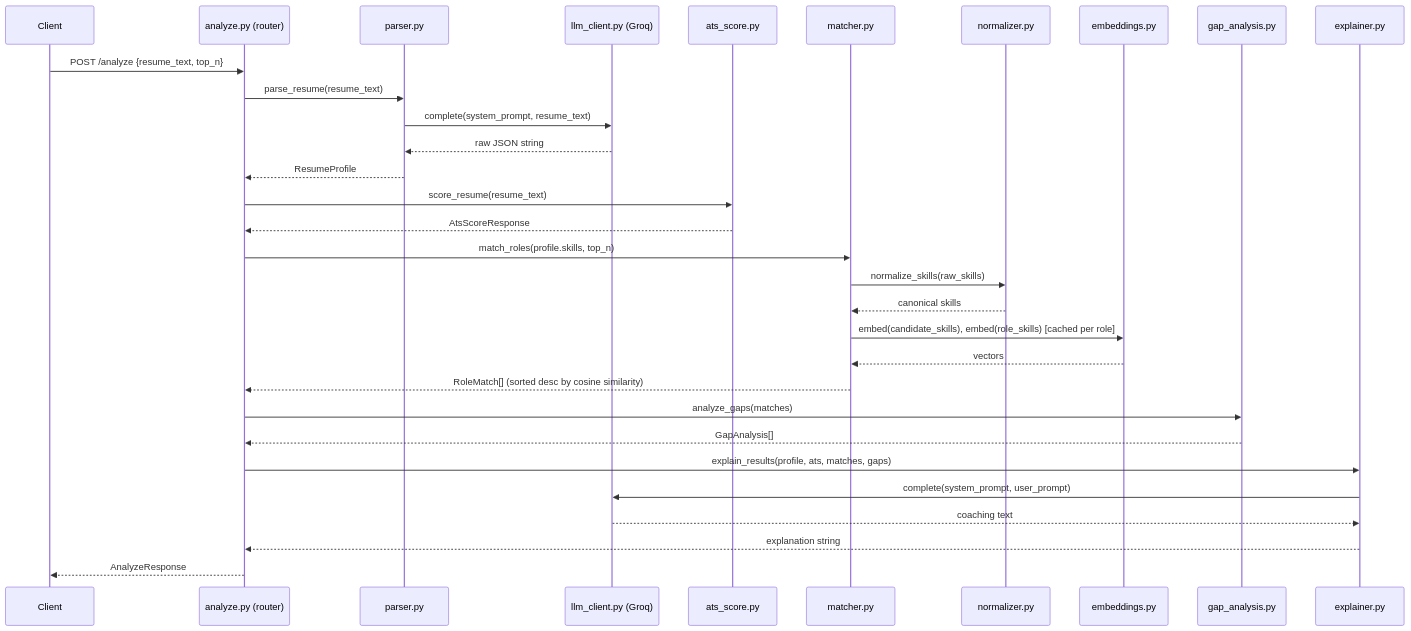
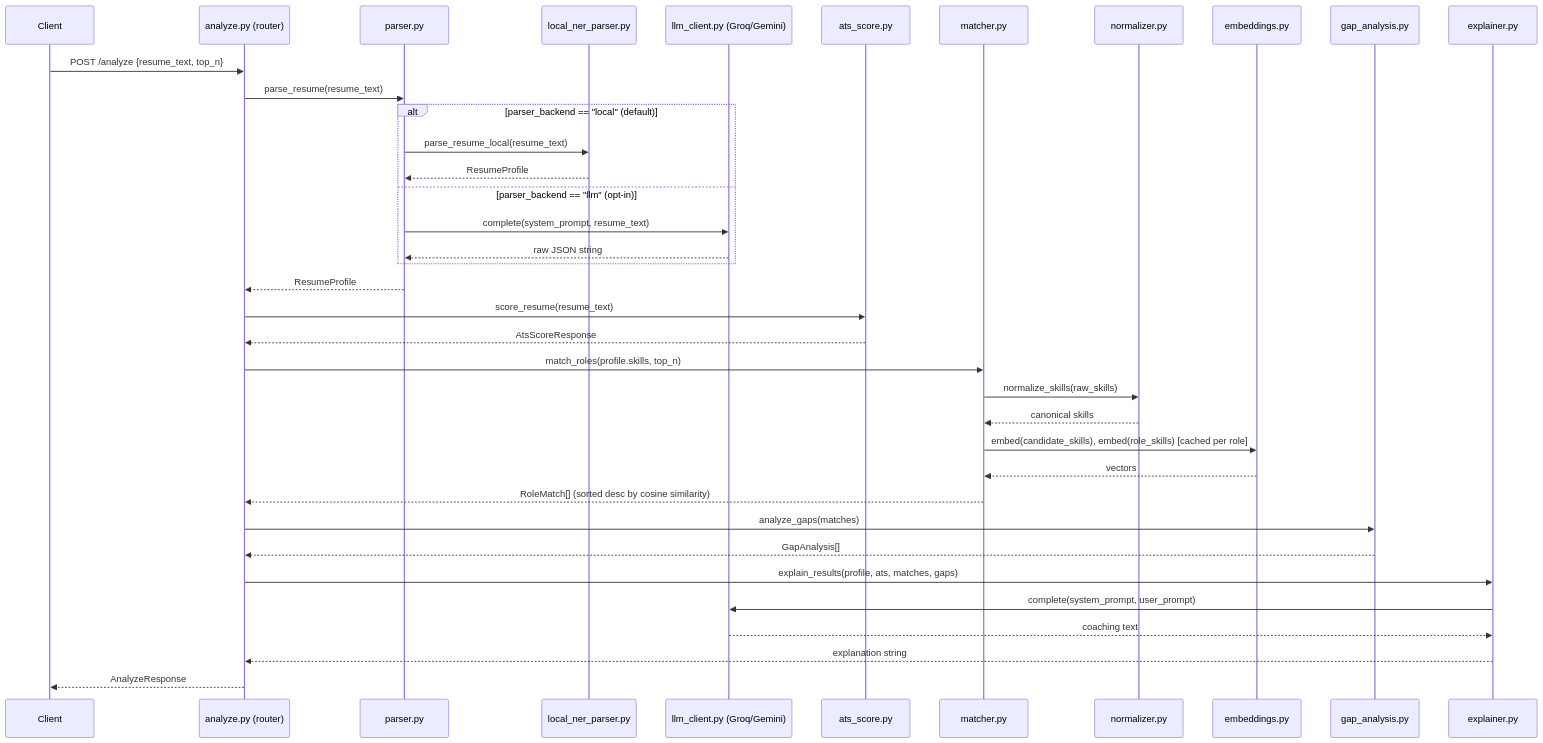
The diagram in docs/lld.md (biswas2200/Smart-Resume-Analyzer-and-Job-Recommendation-System), drawn with Mermaid before and after one commit. The commit also changed other lines of this file and 96 other files, not shown here.

````diff
--- a/docs/lld.md
+++ b/docs/lld.md
@@ -104,34 +121,40 @@
 ```mermaid
 sequenceDiagram
     participant C as Client
     participant R as analyze.py (router)
     participant P as parser.py
-    participant L as llm_client.py (Groq)
+    participant NER as local_ner_parser.py
+    participant L as llm_client.py (Groq/Gemini)
     participant A as ats_score.py
     participant M as matcher.py
     participant N as normalizer.py
     participant E as embeddings.py
     participant G as gap_analysis.py
     participant X as explainer.py
 
     C->>R: POST /analyze {resume_text, top_n}
     R->>P: parse_resume(resume_text)
-    P->>L: complete(system_prompt, resume_text)
-    L-->>P: raw JSON string
+    alt parser_backend == "local" (default)
+        P->>NER: parse_resume_local(resume_text)
+        NER-->>P: ResumeProfile
+    else parser_backend == "llm" (opt-in)
+        P->>L: complete(system_prompt, resume_text)
+        L-->>P: raw JSON string
+    end
     P-->>R: ResumeProfile
     R->>A: score_resume(resume_text)
     A-->>R: AtsScoreResponse
     R->>M: match_roles(profile.skills, top_n)
     M->>N: normalize_skills(raw_skills)
     N-->>M: canonical skills
     M->>E: embed(candidate_skills), embed(role_skills) [cached per role]
     E-->>M: vectors
     M-->>R: RoleMatch[] (sorted desc by cosine similarity)
     R->>G: analyze_gaps(matches)
     G-->>R: GapAnalysis[]
     R->>X: explain_results(profile, ats, matches, gaps)
     X->>L: complete(system_prompt, user_prompt)
     L-->>X: coaching text
     X-->>R: explanation string
     R-->>C: AnalyzeResponse
 ```
````
